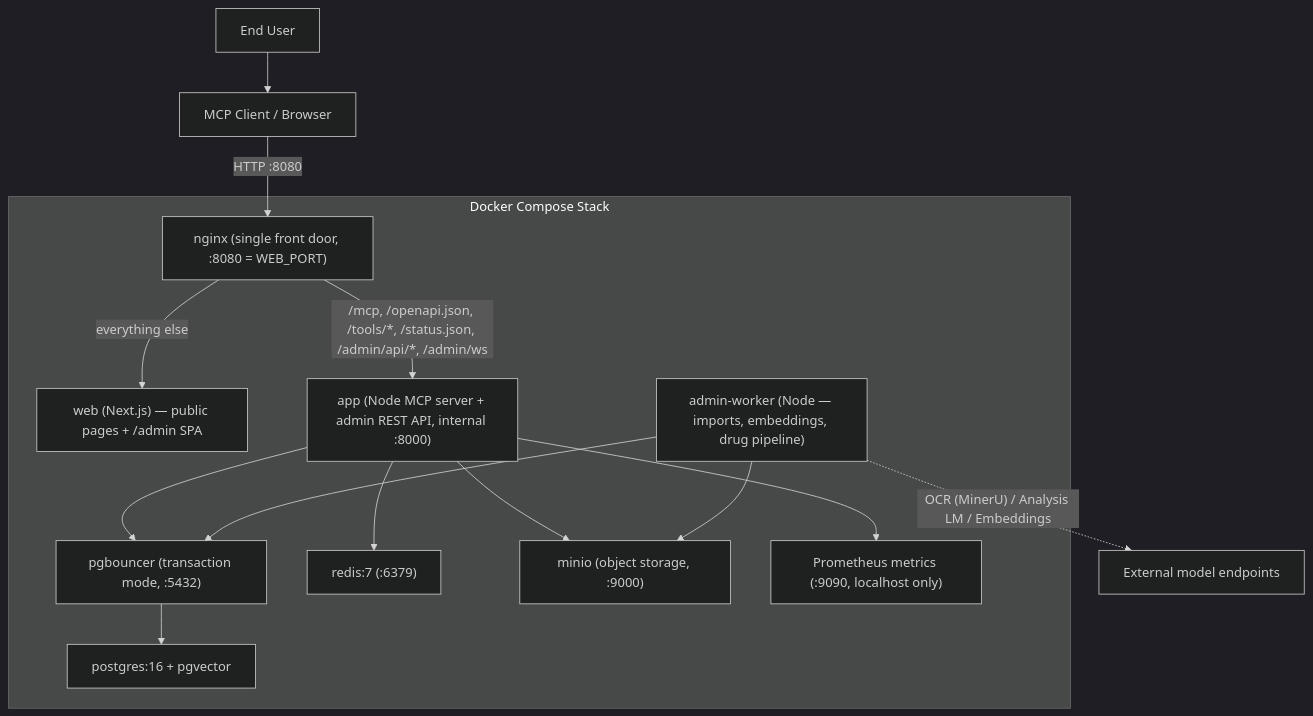
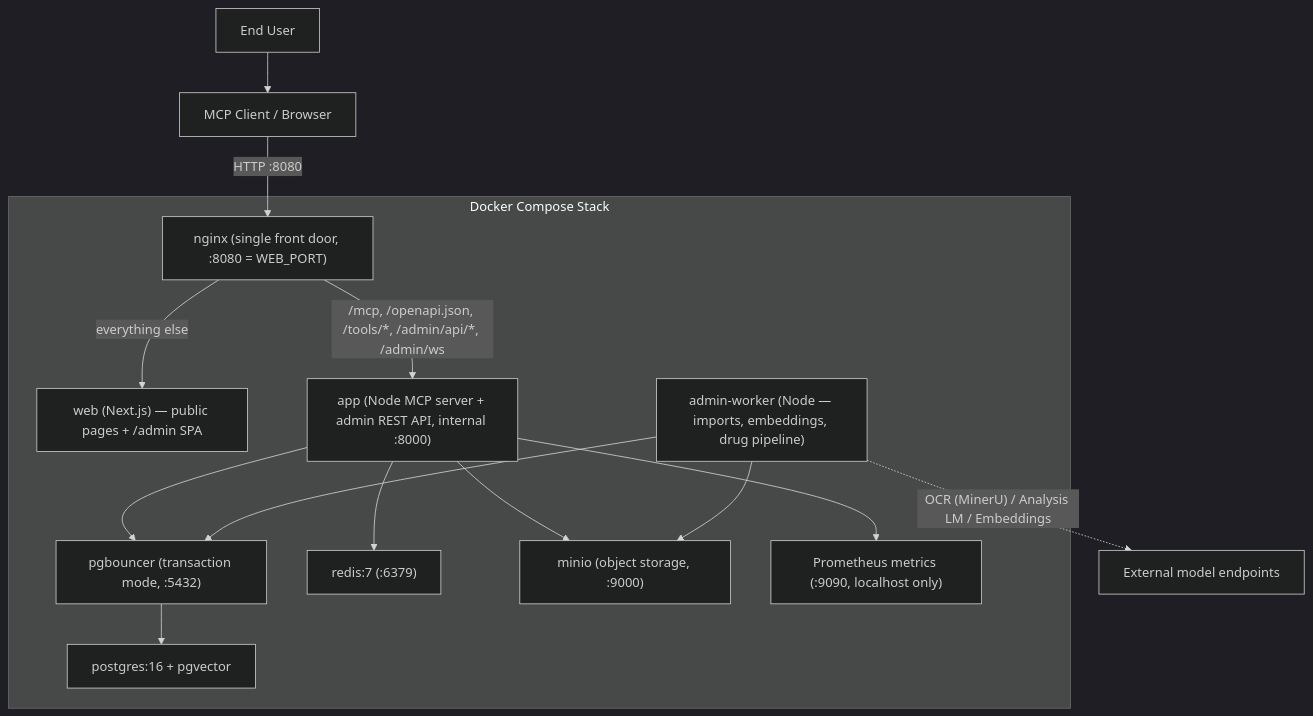
Before and after one commit to healthymind-tech/Taiwan-Health-MCP: the diagram in docs/architecture/deployment.md, drawn with Mermaid (dark theme). The commit also changed 29 other files, not shown here.

````diff
--- a/docs/architecture/deployment.md
+++ b/docs/architecture/deployment.md
@@ -3,27 +3,27 @@
 ```mermaid
 graph TD
     User[End User] --> Client[MCP Client / Browser]
 
     subgraph "Docker Compose Stack"
         NGX["nginx (single front door, :8080 = WEB_PORT)"]
         WEB["web (Next.js) — public pages + /admin SPA"]
         Server["app (Node MCP server + admin REST API, internal :8000)"]
         Worker["admin-worker (Node — imports, embeddings, drug pipeline)"]
         PGB["pgbouncer (transaction mode, :5432)"]
         PG["postgres:16 + pgvector"]
         RD["redis:7 (:6379)"]
         MN["minio (object storage, :9000)"]
         PM["Prometheus metrics (:9090, localhost only)"]
     end
 
     Client -- "HTTP :8080" --> NGX
-    NGX -- "/mcp, /openapi.json, /tools/*, /status.json, /admin/api/*, /admin/ws" --> Server
+    NGX -- "/mcp, /openapi.json, /tools/*, /admin/api/*, /admin/ws" --> Server
     NGX -- "everything else" --> WEB
     Server --> PGB --> PG
     Server --> RD
     Server --> MN
     Server --> PM
     Worker --> PGB
     Worker --> MN
     Worker -. "OCR (MinerU) / Analysis LM / Embeddings" .-> Ext[External model endpoints]
 ```
````
